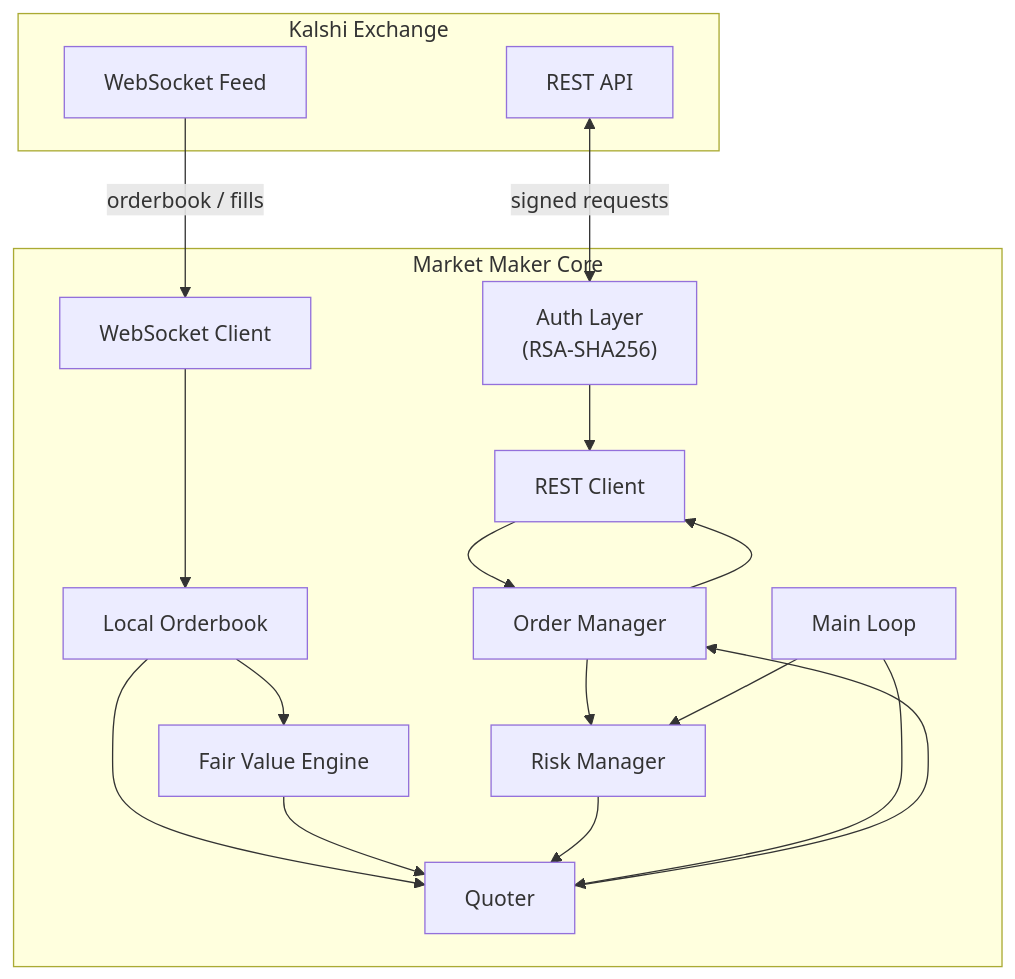
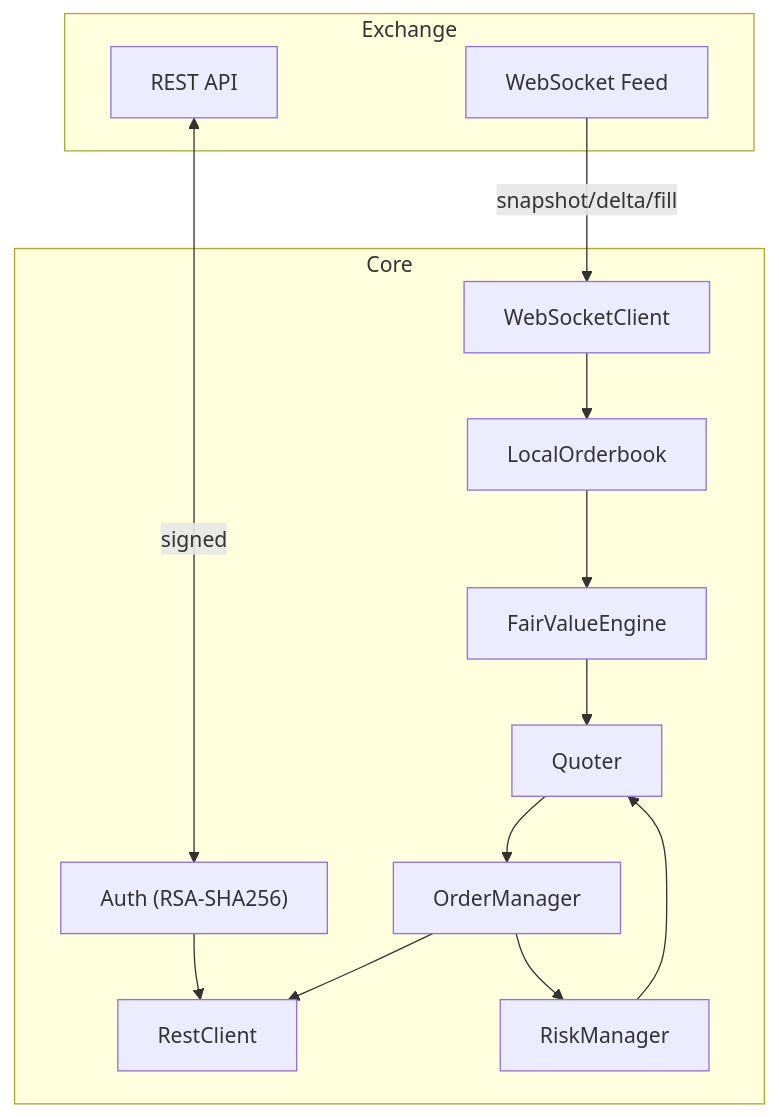
The diagram in PLAN.md (jfreun123/kalshi-market-maker), drawn with Mermaid before and after one commit. The commit also changed other lines of this file and 2 other files, not shown here.

````diff
--- a/PLAN.md
+++ b/PLAN.md
@@ -5,34 +5,22 @@
 ```mermaid
 graph TD
-    subgraph Exchange ["Kalshi Exchange"]
+    subgraph Exchange
         REST["REST API"]
         WS["WebSocket Feed"]
     end
-
-    subgraph Core ["Market Maker Core"]
-        AUTH["Auth Layer\n(RSA-SHA256)"]
-        HTTP["REST Client"]
-        WSCONN["WebSocket Client"]
-        OB["Local Orderbook"]
-        OM["Order Manager"]
-        RM["Risk Manager"]
-        FV["Fair Value Engine"]
+    subgraph Core
+        AUTH["Auth (RSA-SHA256)"]
+        HTTP["RestClient"]
+        WSCONN["WebSocketClient"]
+        OB["LocalOrderbook"]
+        OM["OrderManager"]
+        RM["RiskManager"]
+        FV["FairValueEngine"]
         QE["Quoter"]
-        LOOP["Main Loop"]
     end
-
-    REST <-->|signed requests| AUTH
-    AUTH --> HTTP
-    WS -->|orderbook / fills| WSCONN
-    WSCONN --> OB
-    HTTP --> OM
-    OB --> FV
-    OB --> QE
-    FV --> QE
-    RM --> QE
-    QE --> OM
-    OM --> HTTP
+    REST <-->|signed| AUTH --> HTTP
+    WS -->|snapshot/delta/fill| WSCONN --> OB
+    OB --> FV --> QE
+    RM --> QE --> OM --> HTTP
     OM --> RM
-    LOOP --> QE
-    LOOP --> RM
 ```
````
